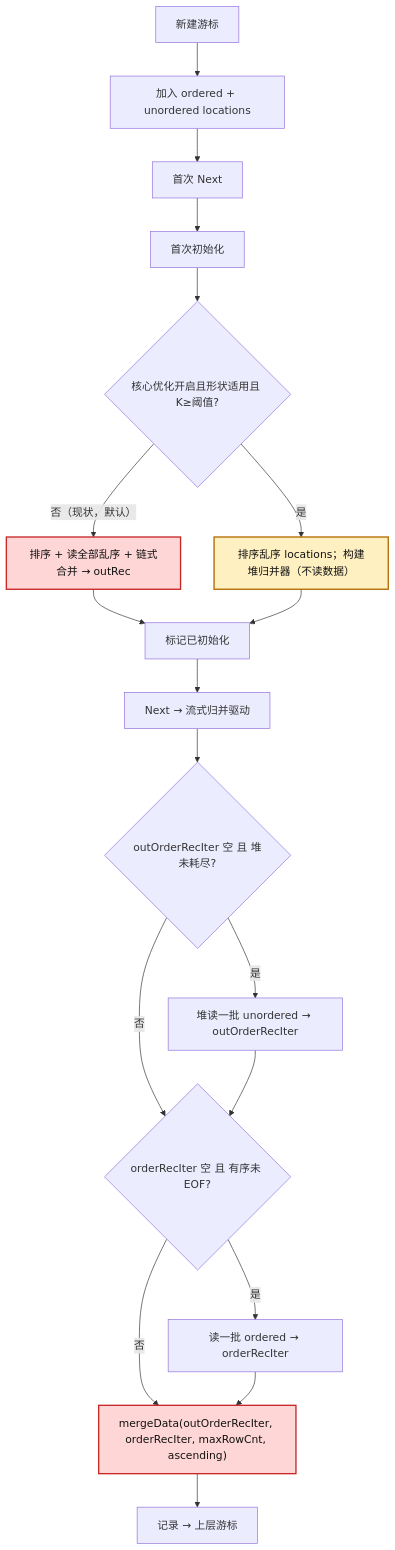
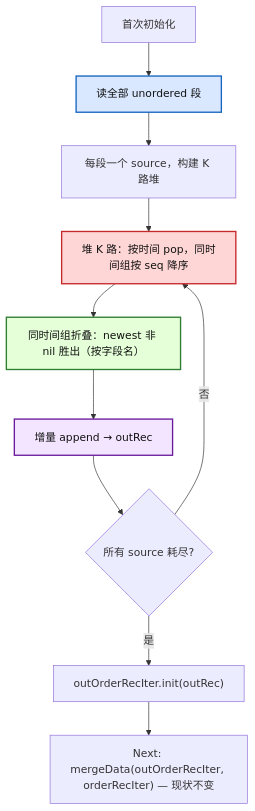
Before and after one commit to zhiwangdu/openGemini: the second of 4 diagrams in tsmMergeCursor_unordered_merge_proposal.md, drawn with Mermaid. The commit also changed other lines of this file, not shown here.

First line of the commit message:
docs: restructure unordered merge proposal into two-step strategy

````diff
--- a/tsmMergeCursor_unordered_merge_proposal.md
+++ b/tsmMergeCursor_unordered_merge_proposal.md
@@ -405,27 +373,21 @@
 ```mermaid
 flowchart TD
-    A["新建游标"] --> B["加入 ordered + unordered locations"]
-    B --> O["首次 Next"]
-    O --> P["首次初始化"]
-    P --> Q{"核心优化开启且形状适用且 K≥阈值?"}
-    Q -- "否（现状，默认）" --> S["排序 + 读全部乱序 + 链式合并 → outRec"]
-    Q -- "是" --> R["排序乱序 locations；构建堆归并器（不读数据）"]
-    S --> T["标记已初始化"]
-    R --> T
+    A["首次初始化"] --> B["读全部 unordered 段"]
+    B --> C["每段一个 source，构建 K 路堆"]
+    C --> D["堆 K 路：按时间 pop，同时间组按 seq 降序"]
+    D --> E["同时间组折叠：newest 非 nil 胜出（按字段名）"]
+    E --> F["增量 append → outRec"]
+    F --> G{"所有 source 耗尽?"}
+    G -- "否" --> D
+    G -- "是" --> H["outOrderRecIter.init(outRec)"]
+    H --> I["Next: mergeData(outOrderRecIter, orderRecIter) — 现状不变"]
 
-    T --> N["Next → 流式归并驱动"]
-    N --> U1{"outOrderRecIter 空 且 堆未耗尽?"}
-    U1 -- "是" --> U2["堆读一批 unordered → outOrderRecIter"]
-    U1 -- "否" --> U3
-    U2 --> U3{"orderRecIter 空 且 有序未 EOF?"}
-    U3 -- "是" --> U4["读一批 ordered → orderRecIter"]
-    U3 -- "否" --> MD
-    U4 --> MD["mergeData(outOrderRecIter, orderRecIter, maxRowCnt, ascending)"]
-    MD --> OUT["记录 → 上层游标"]
-
-    S:::hot
-    R:::amp
-    MD:::hot
+    B:::io
+    D:::hot
+    E:::cpu
+    F:::mem
     classDef hot fill:#ffd6d6,stroke:#c62828,stroke-width:2px,color:#111;
-    classDef amp fill:#fff0c2,stroke:#b26a00,stroke-width:2px,color:#111;
+    classDef io fill:#d9e8ff,stroke:#1565c0,stroke-width:2px,color:#111;
+    classDef cpu fill:#e5ffd8,stroke:#2e7d32,stroke-width:2px,color:#111;
+    classDef mem fill:#f3e5ff,stroke:#6a1b9a,stroke-width:2px,color:#111;
 ```
````
